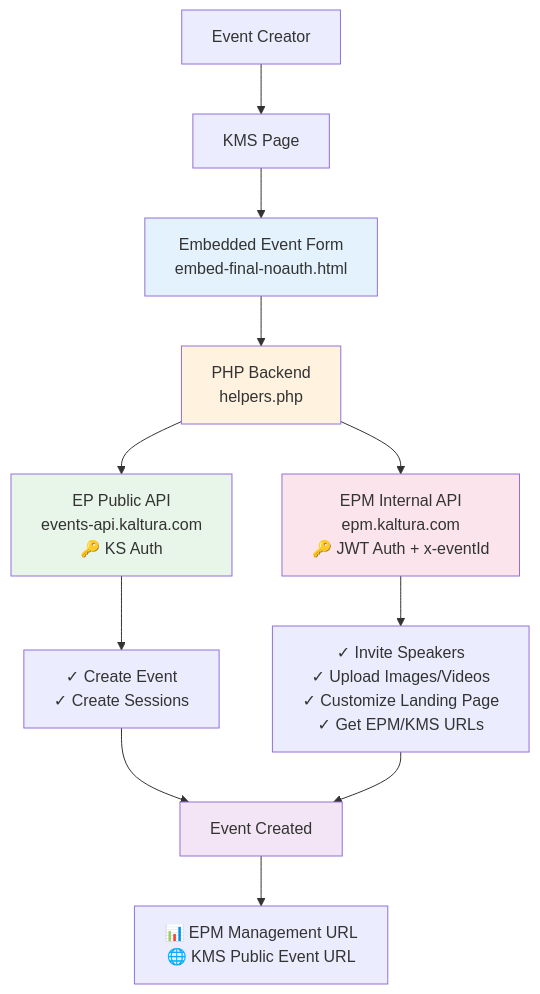
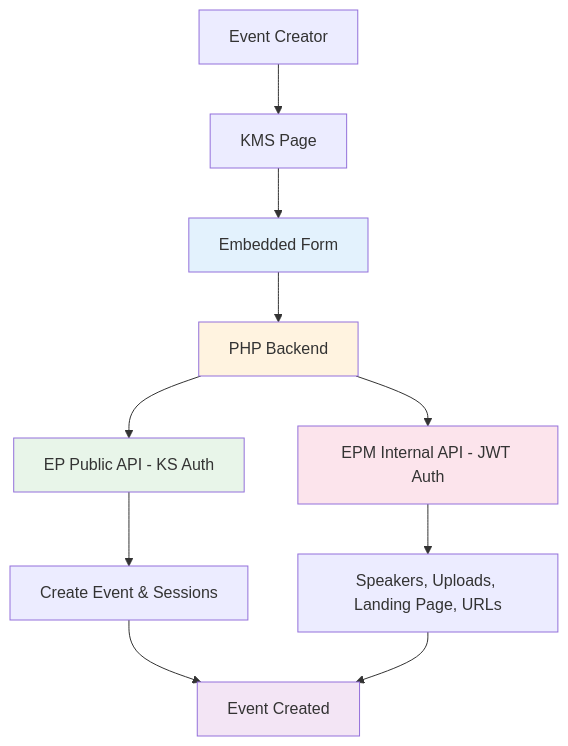
Before and after one commit to Tomcohen514/abm-in-a-box: the first of 3 diagrams in README.md, drawn with Mermaid. The commit also changed other lines of this file, not shown here.

````diff
--- a/README.md
+++ b/README.md
@@ -69,22 +69,21 @@
 ```mermaid
 graph TB
     User[Event Creator] --> KMS[KMS Page]
-    KMS --> Form[Embedded Event Form<br/>embed-final-noauth.html]
-    Form --> Backend[PHP Backend<br/>helpers.php]
+    KMS --> Form[Embedded Form]
+    Form --> Backend[PHP Backend]
 
-    Backend --> EPAPI[EP Public API<br/>events-api.kaltura.com<br/>🔑 KS Auth]
-    Backend --> EPMAPI[EPM Internal API<br/>epm.kaltura.com<br/>🔑 JWT Auth + x-eventId]
+    Backend --> EPAPI[EP Public API - KS Auth]
+    Backend --> EPMAPI[EPM Internal API - JWT Auth]
 
-    EPAPI --> Events[✓ Create Event<br/>✓ Create Sessions]
-    EPMAPI --> Features[✓ Invite Speakers<br/>✓ Upload Images/Videos<br/>✓ Customize Landing Page<br/>✓ Get EPM/KMS URLs]
+    EPAPI --> Events[Create Event & Sessions]
+    EPMAPI --> Features[Speakers, Uploads, Landing Page, URLs]
 
     Events --> Output[Event Created]
     Features --> Output
-    Output --> URLs[📊 EPM Management URL<br/>🌐 KMS Public Event URL]
 
     style Form fill:#e3f2fd
     style Backend fill:#fff3e0
     style EPAPI fill:#e8f5e9
     style EPMAPI fill:#fce4ec
     style Output fill:#f3e5f5
 ```
````
